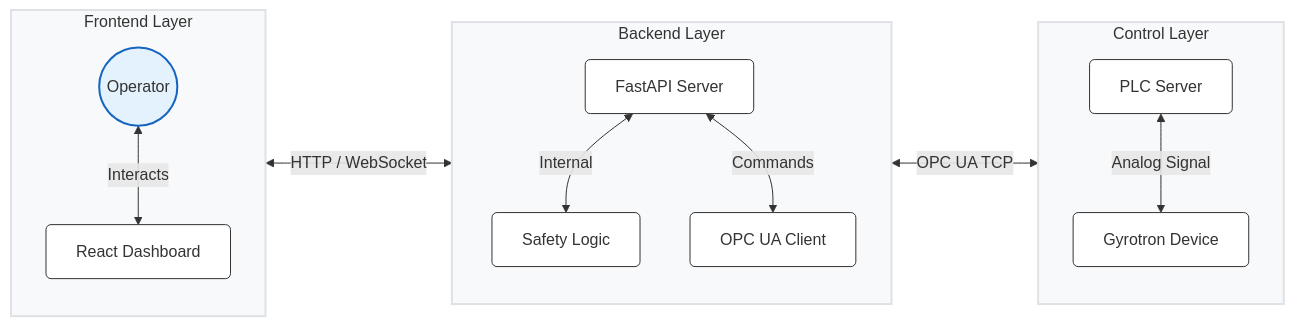
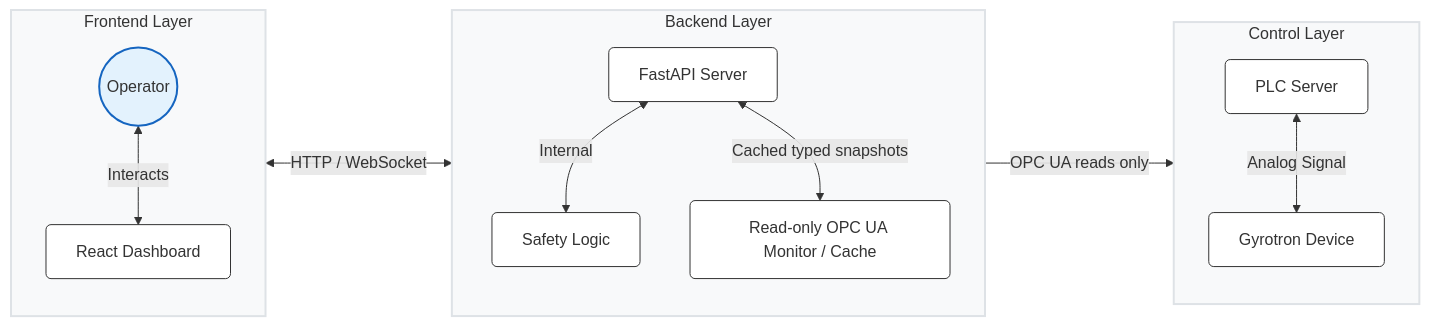
One commit to BigDedoo/Gyrotron_control changed the diagram in README.md. Above: the diagram before and after it, drawn with Mermaid. The commit also changed other lines of this file and 21 other files, not shown here.

First line of the commit message:
Phase 2: add read-only OPC UA monitoring foundation

````diff
--- a/README.md
+++ b/README.md
@@ -11,45 +11,45 @@
 ```mermaid
 graph LR
     %% User Interface Layer
     subgraph Frontend ["Frontend Layer"]
         direction TB
         Operator((Operator))
         UI[React Dashboard]
         
         Operator <-->|Interacts| UI
     end
 
     %% Application Layer
     subgraph Backend ["Backend Layer"]
         direction TB
         API[FastAPI Server]
         Safety[Safety Logic]
-        OPC[OPC UA Client]
+        OPC[Read-only OPC UA Monitor / Cache]
 
         API <-->|Internal| Safety
-        API <-->|Commands| OPC
+        API <-->|Cached typed snapshots| OPC
     end
 
     %% Hardware Control Layer
     subgraph Control ["Control Layer"]
         direction TB
         PLC[PLC Server]
         Gyrotron[Gyrotron Device]
         
         PLC <-->|Analog Signal| Gyrotron
     end
 
     %% Inter-layer Communication
     UI <-->|HTTP / WebSocket| API
-    OPC <-->|OPC UA TCP| PLC
+    OPC -->|OPC UA reads only| PLC
 
     %% Styling
     classDef box fill:#ffffff,stroke:#333,stroke-width:1px,rx:5,ry:5;
     class UI,API,Safety,OPC,PLC,Gyrotron box;
     classDef person fill:#e3f2fd,stroke:#1565c0,stroke-width:2px;
     class Operator person;
     
     style Frontend fill:#f8f9fa,stroke:#dee2e6,stroke-width:2px
     style Backend fill:#f8f9fa,stroke:#dee2e6,stroke-width:2px
     style Control fill:#f8f9fa,stroke:#dee2e6,stroke-width:2px
 ```
````
